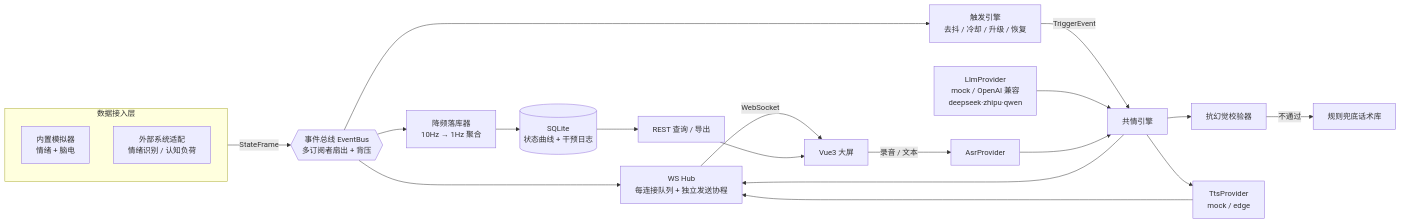
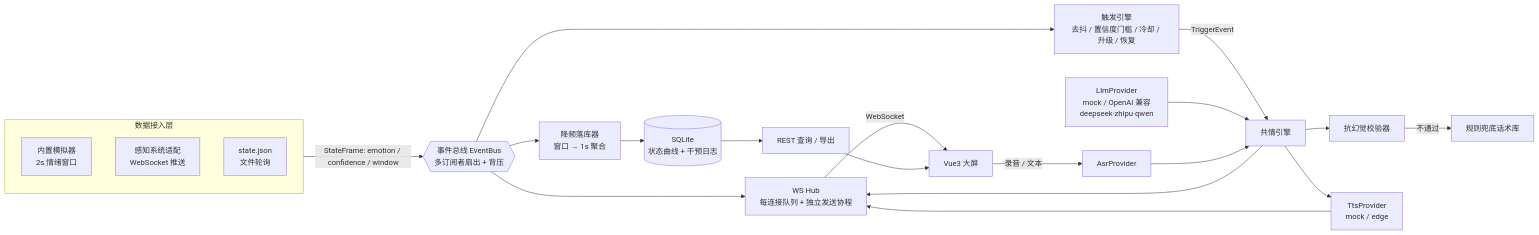
Before and after one commit to SoulArchmage/empathic-cabin-monitoring: the first of 2 diagrams in docs/系统设计与工程实现报告.md, drawn with Mermaid. The commit also changed other lines of this file and 46 other files, not shown here.

````diff
--- a/docs/系统设计与工程实现报告.md
+++ b/docs/系统设计与工程实现报告.md
@@ -31,27 +31,28 @@
 ```mermaid
 flowchart LR
   subgraph SRC[数据接入层]
-    SIM[内置模拟器<br/>情绪 + 脑电]
-    EXT[外部系统适配<br/>情绪识别 / 认知负荷]
+    SIM[内置模拟器<br/>2s 情绪窗口]
+    EXT[感知系统适配<br/>WebSocket 推送]
+    FILE[state.json<br/>文件轮询]
   end
 
-  SRC -->|StateFrame| BUS{{事件总线 EventBus<br/>多订阅者扇出 + 背压}}
+  SRC -->|StateFrame: emotion / confidence / window| BUS{{事件总线 EventBus<br/>多订阅者扇出 + 背压}}
 
   BUS --> HUB[WS Hub<br/>每连接队列 + 独立发送协程]
-  BUS --> TRIG[触发引擎<br/>去抖 / 冷却 / 升级 / 恢复]
-  BUS --> REC[降频落库器<br/>10Hz → 1Hz 聚合]
+  BUS --> TRIG[触发引擎<br/>去抖 / 置信度门槛 / 冷却 / 升级 / 恢复]
+  BUS --> REC[降频落库器<br/>窗口 → 1s 聚合]
 
   TRIG -->|TriggerEvent| EMP[共情引擎]
   LLM[LlmProvider<br/>mock / OpenAI 兼容<br/>deepseek·zhipu·qwen] --> EMP
   EMP --> VAL[抗幻觉校验器]
   VAL -->|不通过| FB[规则兜底话术库]
   EMP --> TTS[TtsProvider<br/>mock / edge]
 
   EMP --> HUB
   TTS --> HUB
   REC --> DB[(SQLite<br/>状态曲线 + 干预日志)]
 
   HUB -->|WebSocket| FE[Vue3 大屏]
   FE -->|录音 / 文本| ASR[AsrProvider] --> EMP
   DB --> REST[REST 查询 / 导出] --> FE
 ```
````
